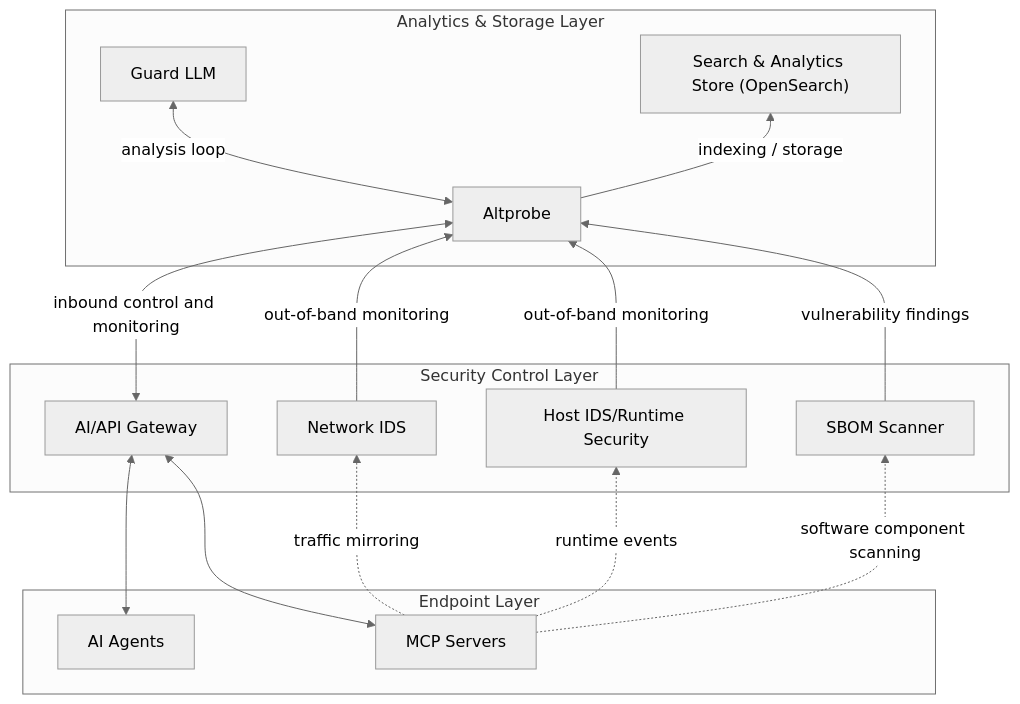
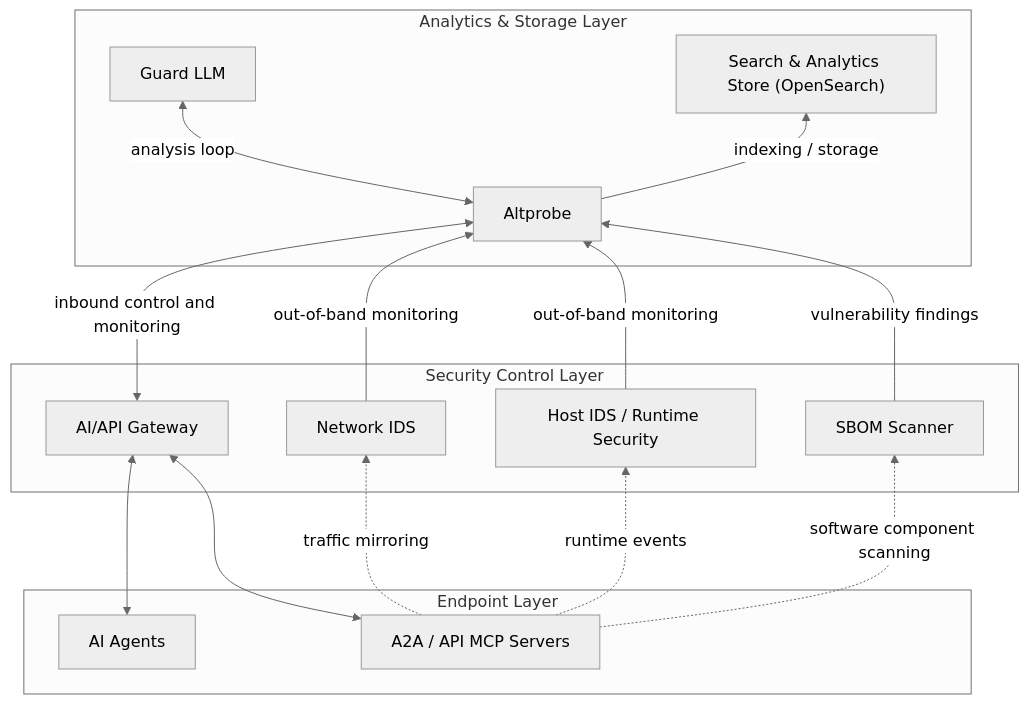
The first of 2 diagrams in README.md (olegzhr/altprobe), drawn with Mermaid (neutral theme) before and after one commit. The commit also changed other lines of this file, not shown here.

````diff
--- a/README.md
+++ b/README.md
@@ -32,34 +32,34 @@
 ```mermaid
 flowchart BT
     subgraph L1["Endpoint Layer"]
         AI["AI Agents"]
-        MCP["MCP Servers"]
+        MCP["A2A / API  MCP Servers"]
     end
 
     subgraph L2["Security Control Layer"]
         PROXY["AI/API Gateway"]
         SUR["Network IDS"]
-        FALCO["Host IDS/Runtime Security"]
+        FALCO["Host IDS / Runtime Security"]
         TRIVY["SBOM Scanner"]
     end
 
     subgraph L3["Analytics & Storage Layer"]
         ALT["Altprobe"]
         GLLM["Guard LLM"]
         OS["Search & Analytics Store (OpenSearch)"]
     end
 
     AI <--> PROXY
     MCP <--> PROXY
 
     MCP -.->|traffic mirroring| SUR
     MCP -.->|runtime events| FALCO
     MCP -.->|software component scanning| TRIVY
 
     PROXY <-->|inbound control and monitoring| ALT
     SUR -->|out-of-band monitoring| ALT
     FALCO -->|out-of-band monitoring| ALT
     TRIVY -->|vulnerability findings| ALT
     ALT <-->|analysis loop| GLLM
     ALT -->|indexing / storage| OS
 ```
````
